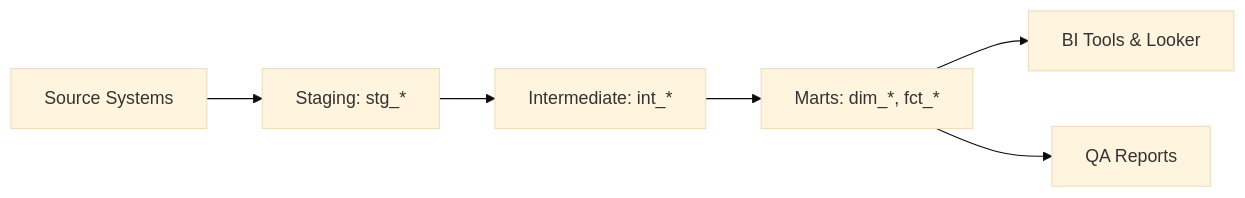
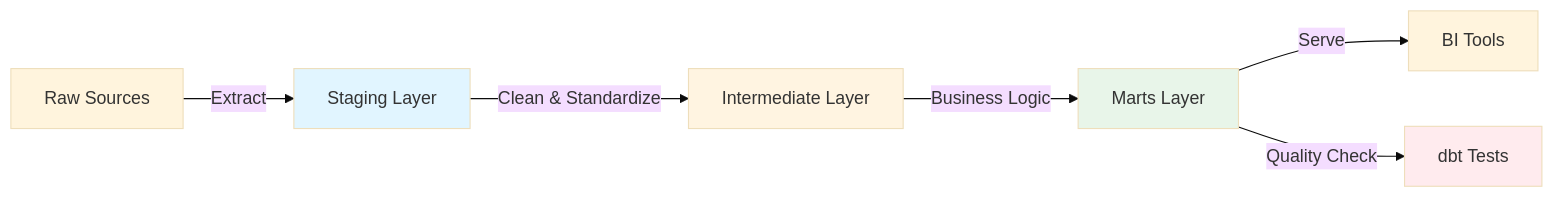
The diagram in README.md (FATIMA-FARMAN/analytics-domain-ownership), drawn with Mermaid (base theme) before and after one commit. The commit also changed other lines of this file, not shown here.

````diff
--- a/README.md
+++ b/README.md
@@ -141,8 +90,13 @@
 ```mermaid
 flowchart LR
-  A[Source Systems] --> B[Staging: stg_*]
-  B --> C[Intermediate: int_*]
-  C --> D[Marts: dim_*, fct_*]
-  D --> E[BI Tools & Looker]
-  D --> F[QA Reports]
+    A[Raw Sources] -->|Extract| B[Staging Layer]
+    B -->|Clean & Standardize| C[Intermediate Layer]
+    C -->|Business Logic| D[Marts Layer]
+    D -->|Serve| E[BI Tools]
+    D -->|Quality Check| F[dbt Tests]
+    
+    style B fill:#e1f5ff
+    style C fill:#fff4e1
+    style D fill:#e8f5e9
+    style F fill:#ffebee
 ```
````
